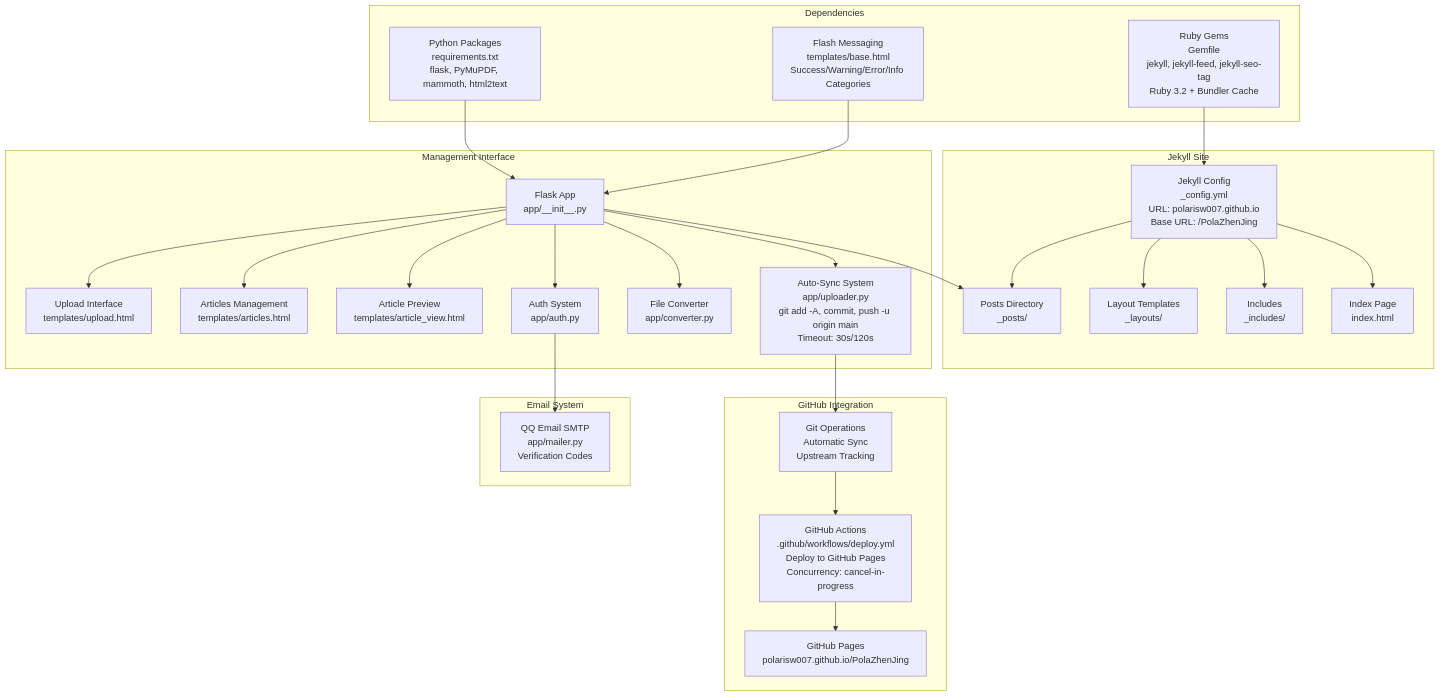
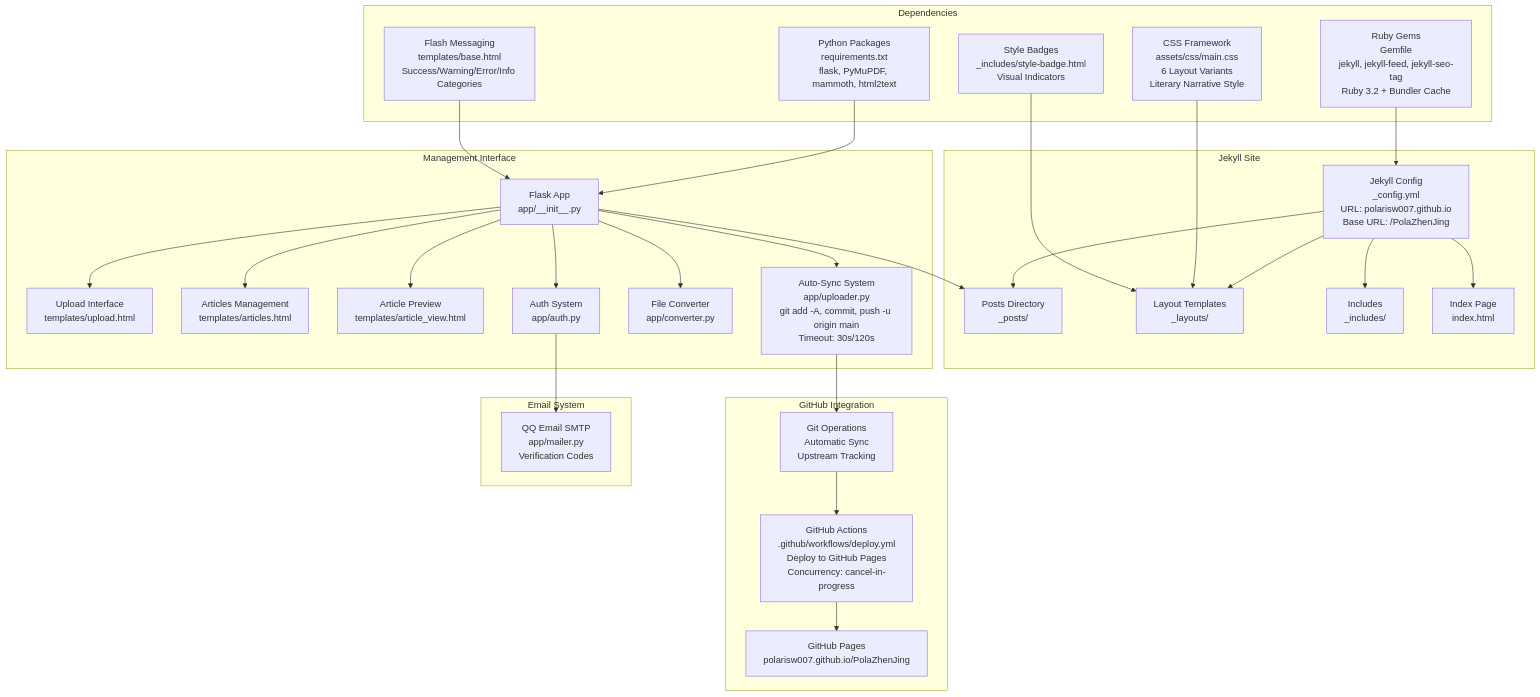
One commit to PolarisW007/PolaZhenJing changed the first of 4 diagrams in .qoder/repowiki/en/content/Backend Application/Publishing Pipeline.md. Above: the diagram before and after it, drawn with Mermaid. The commit also changed other lines of this file and 6 other files, not shown here.

````diff
--- a/.qoder/repowiki/en/content/Backend Application/Publishing Pipeline.md
+++ b/.qoder/repowiki/en/content/Backend Application/Publishing Pipeline.md
@@ -56,50 +63,54 @@
 ```mermaid
 graph TB
 subgraph "Jekyll Site"
 A["Jekyll Config<br/>_config.yml<br/>URL: polarisw007.github.io<br/>Base URL: /PolaZhenJing"]
 B["Posts Directory<br/>_posts/"]
 C["Layout Templates<br/>_layouts/"]
 D["Includes<br/>_includes/"]
 E["Index Page<br/>index.html"]
 end
 subgraph "Management Interface"
 F["Flask App<br/>app/__init__.py"]
 G["Upload Interface<br/>templates/upload.html"]
 H["Articles Management<br/>templates/articles.html"]
 I["Article Preview<br/>templates/article_view.html"]
 J["Auth System<br/>app/auth.py"]
 K["File Converter<br/>app/converter.py"]
 L["Auto-Sync System<br/>app/uploader.py<br/>git add -A, commit, push -u origin main<br/>Timeout: 30s/120s"]
 end
 subgraph "GitHub Integration"
 M["Git Operations<br/>Automatic Sync<br/>Upstream Tracking"]
 N["GitHub Actions<br/>.github/workflows/deploy.yml<br/>Deploy to GitHub Pages<br/>Concurrency: cancel-in-progress"]
 O["GitHub Pages<br/>polarisw007.github.io/PolaZhenJing"]
 end
 subgraph "Email System"
 P["QQ Email SMTP<br/>app/mailer.py<br/>Verification Codes"]
 end
 subgraph "Dependencies"
 Q["Ruby Gems<br/>Gemfile<br/>jekyll, jekyll-feed, jekyll-seo-tag<br/>Ruby 3.2 + Bundler Cache"]
 R["Python Packages<br/>requirements.txt<br/>flask, PyMuPDF, mammoth, html2text"]
 S["Flash Messaging<br/>templates/base.html<br/>Success/Warning/Error/Info Categories"]
+T["CSS Framework<br/>assets/css/main.css<br/>6 Layout Variants<br/>Literary Narrative Style"]
+U["Style Badges<br/>_includes/style-badge.html<br/>Visual Indicators"]
 end
 A --> B
 A --> C
 A --> D
 A --> E
 F --> B
 F --> G
 F --> H
 F --> I
 F --> J
 F --> K
 F --> L
 J --> P
 L --> M
 M --> N
 N --> O
 Q --> A
 R --> F
 S --> F
+T --> C
+U --> C
 ```
````
